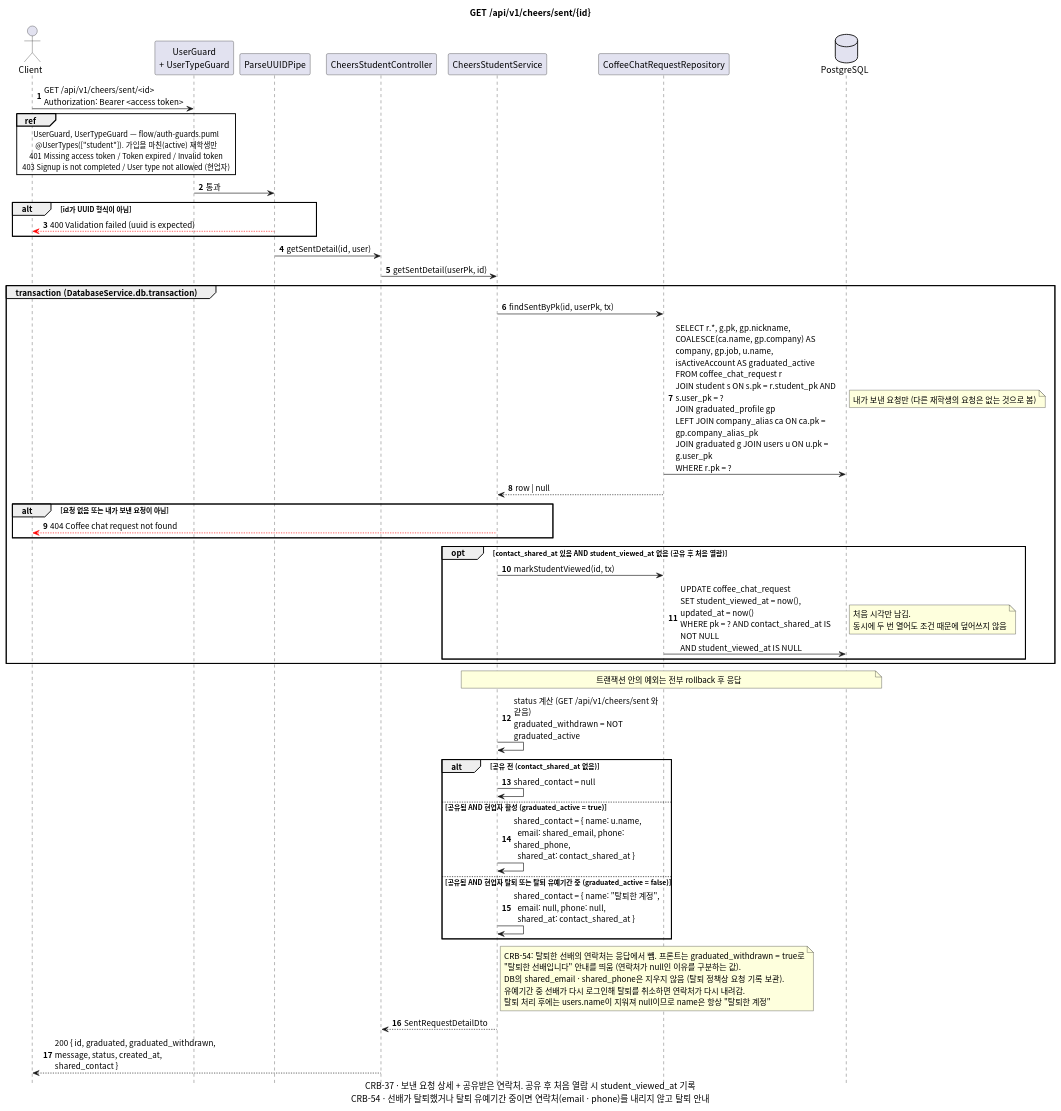
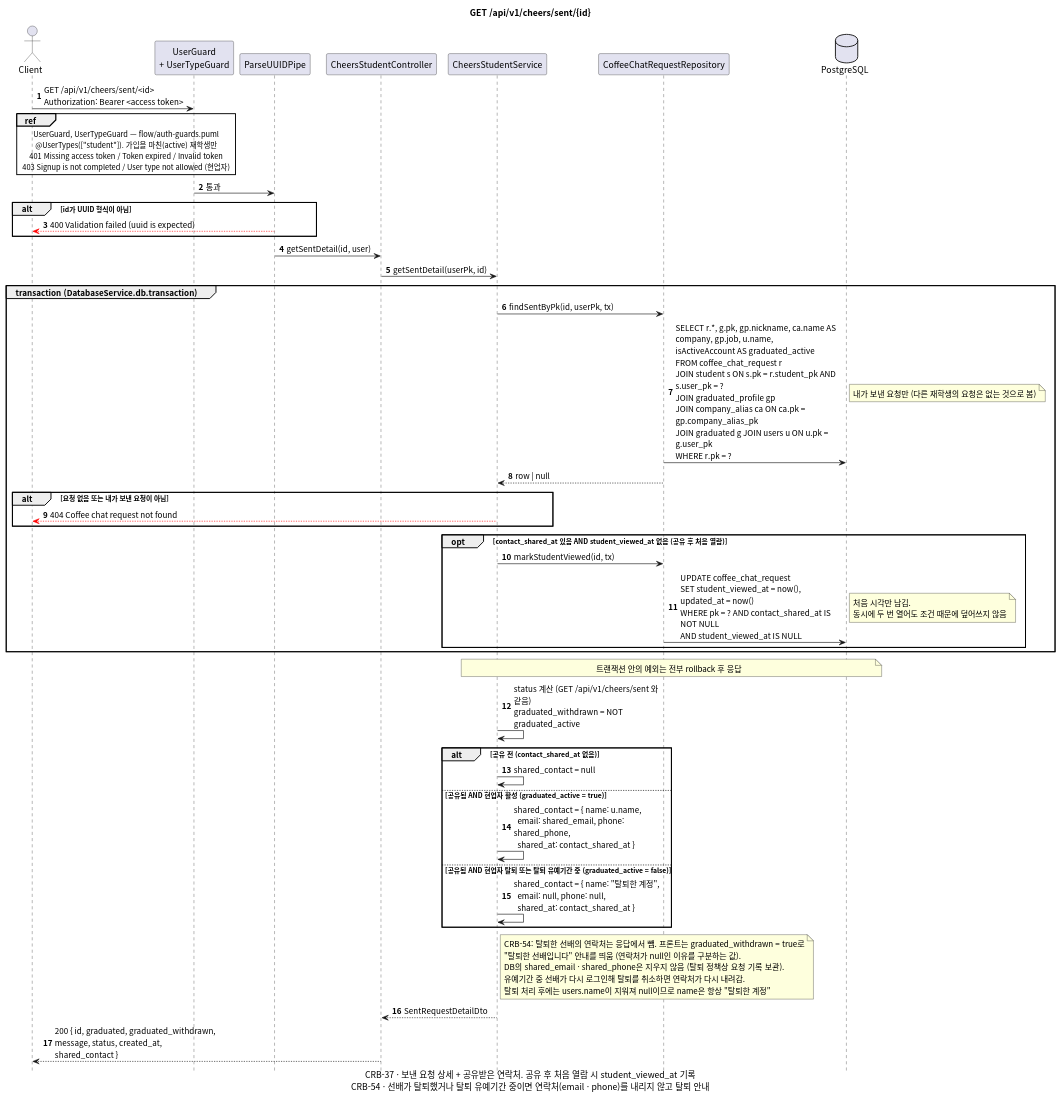
The diagram in docs/sequence/cheers/get-cheers-sent-id.puml (gsainfoteam/cheers-be), drawn with PlantUML before and after one commit. The commit also changed 9 other files, not shown here.

Commit message:
- docs: update schema docs and sequence diagrams for company column removal (CRB-73)

```diff
--- a/docs/sequence/cheers/get-cheers-sent-id.puml
+++ b/docs/sequence/cheers/get-cheers-sent-id.puml
@@ -1,71 +1,71 @@
 @startuml get-cheers-sent-id
 skinparam defaultFontName "Apple SD Gothic Neo", "Noto Sans CJK KR", sans-serif
 skinparam responseMessageBelowArrow true
 skinparam sequenceMessageAlign left
 skinparam maxMessageSize 260
 skinparam BoxPadding 8
 skinparam shadowing false
 autonumber
 hide footbox
 
 title GET /api/v1/cheers/sent/{id}
 caption CRB-37 · 보낸 요청 상세 + 공유받은 연락처. 공유 후 처음 열람 시 student_viewed_at 기록\nCRB-54 · 선배가 탈퇴했거나 탈퇴 유예기간 중이면 연락처(email · phone)를 내리지 않고 탈퇴 안내
 
 actor Client
 participant "UserGuard\n+ UserTypeGuard" as Guard
 participant "ParseUUIDPipe" as Pipe
 participant "CheersStudentController" as Controller
 participant "CheersStudentService" as Service
 participant "CoffeeChatRequestRepository" as CoffeeChatRequestRepository
 database PostgreSQL
 
 Client -> Guard: GET /api/v1/cheers/sent/<id>\nAuthorization: Bearer <access token>
 ref over Client, Guard
   UserGuard, UserTypeGuard — flow/auth-guards.puml
   @UserTypes(["student"]). 가입을 마친(active) 재학생만
   401 Missing access token / Token expired / Invalid token
   403 Signup is not completed / User type not allowed (현업자)
 end ref
 Guard -> Pipe: 통과
 alt id가 UUID 형식이 아님
   Pipe -[#red]-> Client: 400 Validation failed (uuid is expected)
 end
 Pipe -> Controller: getSentDetail(id, user)
 Controller -> Service: getSentDetail(userPk, id)
 
 group transaction (DatabaseService.db.transaction)
   Service -> CoffeeChatRequestRepository: findSentByPk(id, userPk, tx)
-  CoffeeChatRequestRepository -> PostgreSQL: SELECT r.*, g.pk, gp.nickname, COALESCE(ca.name, gp.company) AS company, gp.job, u.name,\nisActiveAccount AS graduated_active\nFROM coffee_chat_request r\nJOIN student s ON s.pk = r.student_pk AND s.user_pk = ?\nJOIN graduated_profile gp\nLEFT JOIN company_alias ca ON ca.pk = gp.company_alias_pk\nJOIN graduated g JOIN users u ON u.pk = g.user_pk\nWHERE r.pk = ?
+  CoffeeChatRequestRepository -> PostgreSQL: SELECT r.*, g.pk, gp.nickname, ca.name AS company, gp.job, u.name,\nisActiveAccount AS graduated_active\nFROM coffee_chat_request r\nJOIN student s ON s.pk = r.student_pk AND s.user_pk = ?\nJOIN graduated_profile gp\nJOIN company_alias ca ON ca.pk = gp.company_alias_pk\nJOIN graduated g JOIN users u ON u.pk = g.user_pk\nWHERE r.pk = ?
   note right: 내가 보낸 요청만 (다른 재학생의 요청은 없는 것으로 봄)
   CoffeeChatRequestRepository --> Service: row | null
   alt 요청 없음 또는 내가 보낸 요청이 아님
     Service -[#red]-> Client: 404 Coffee chat request not found
   end
 
   opt contact_shared_at 있음 AND student_viewed_at 없음 (공유 후 처음 열람)
     Service -> CoffeeChatRequestRepository: markStudentViewed(id, tx)
     CoffeeChatRequestRepository -> PostgreSQL: UPDATE coffee_chat_request\nSET student_viewed_at = now(), updated_at = now()\nWHERE pk = ? AND contact_shared_at IS NOT NULL\nAND student_viewed_at IS NULL
     note right: 처음 시각만 남김.\n동시에 두 번 열어도 조건 때문에 덮어쓰지 않음
   end
 end
 note over Service, PostgreSQL: 트랜잭션 안의 예외는 전부 rollback 후 응답
 
 Service -> Service: status 계산 (GET /api/v1/cheers/sent 와 같음)\ngraduated_withdrawn = NOT graduated_active
 alt 공유 전 (contact_shared_at 없음)
   Service -> Service: shared_contact = null
 else 공유됨 AND 현업자 활성 (graduated_active = true)
   Service -> Service: shared_contact = { name: u.name,\n  email: shared_email, phone: shared_phone,\n  shared_at: contact_shared_at }
 else 공유됨 AND 현업자 탈퇴 또는 탈퇴 유예기간 중 (graduated_active = false)
   Service -> Service: shared_contact = { name: "탈퇴한 계정",\n  email: null, phone: null,\n  shared_at: contact_shared_at }
 end
 note right of Service
   CRB-54: 탈퇴한 선배의 연락처는 응답에서 뺌. 프론트는 graduated_withdrawn = true로
   "탈퇴한 선배입니다" 안내를 띄움 (연락처가 null인 이유를 구분하는 값).
   DB의 shared_email · shared_phone은 지우지 않음 (탈퇴 정책상 요청 기록 보관).
   유예기간 중 선배가 다시 로그인해 탈퇴를 취소하면 연락처가 다시 내려감.
   탈퇴 처리 후에는 users.name이 지워져 null이므로 name은 항상 "탈퇴한 계정"
 end note
 Service --> Controller: SentRequestDetailDto
 Controller --> Client: 200 { id, graduated, graduated_withdrawn, message, status, created_at, shared_contact }
 
 @enduml
```
